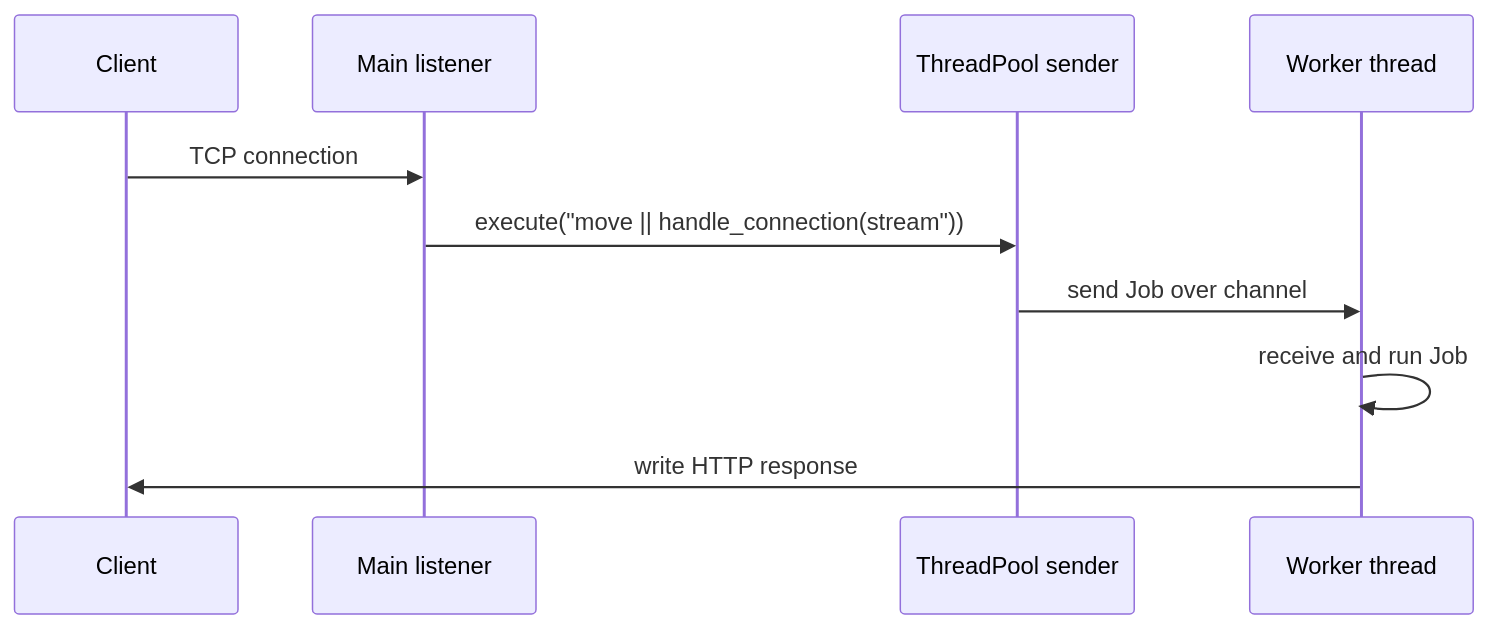
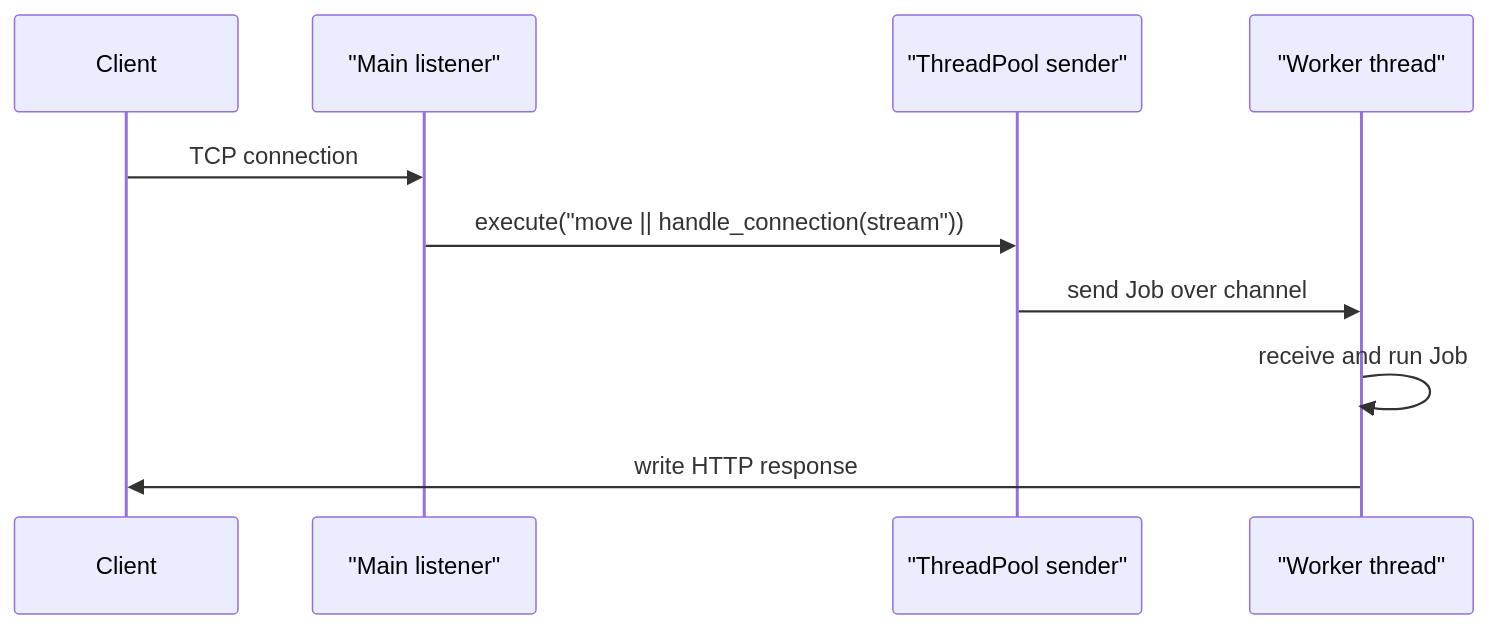
Before and after one commit to justinbrianhwang/SJ-wiki: the diagram in docs/cs/programming/rust/multithreaded-web-server.md, drawn with Mermaid. The commit also changed 126 other files, not shown here.

Commit message:
Image-URL audit: remove 22 broken Wikimedia/GitHub image embeds (HTTP 400/404); add check-image-urls.py + fix-broken-images.py verification tools; final CS Mermaid review applied

````diff
--- a/docs/cs/programming/rust/multithreaded-web-server.md
+++ b/docs/cs/programming/rust/multithreaded-web-server.md
@@ -56,12 +56,12 @@
 ```mermaid
 sequenceDiagram
   participant Client
-  participant Main as Main listener
-  participant Pool as ThreadPool sender
-  participant Worker as Worker thread
+  participant Main as "Main listener"
+  participant Pool as "ThreadPool sender"
+  participant Worker as "Worker thread"
   Client->>Main: TCP connection
   Main->>Pool: execute("move || handle_connection(stream"))
   Pool->>Worker: send Job over channel
   Worker->>Worker: receive and run Job
   Worker->>Client: write HTTP response
 ```
````
